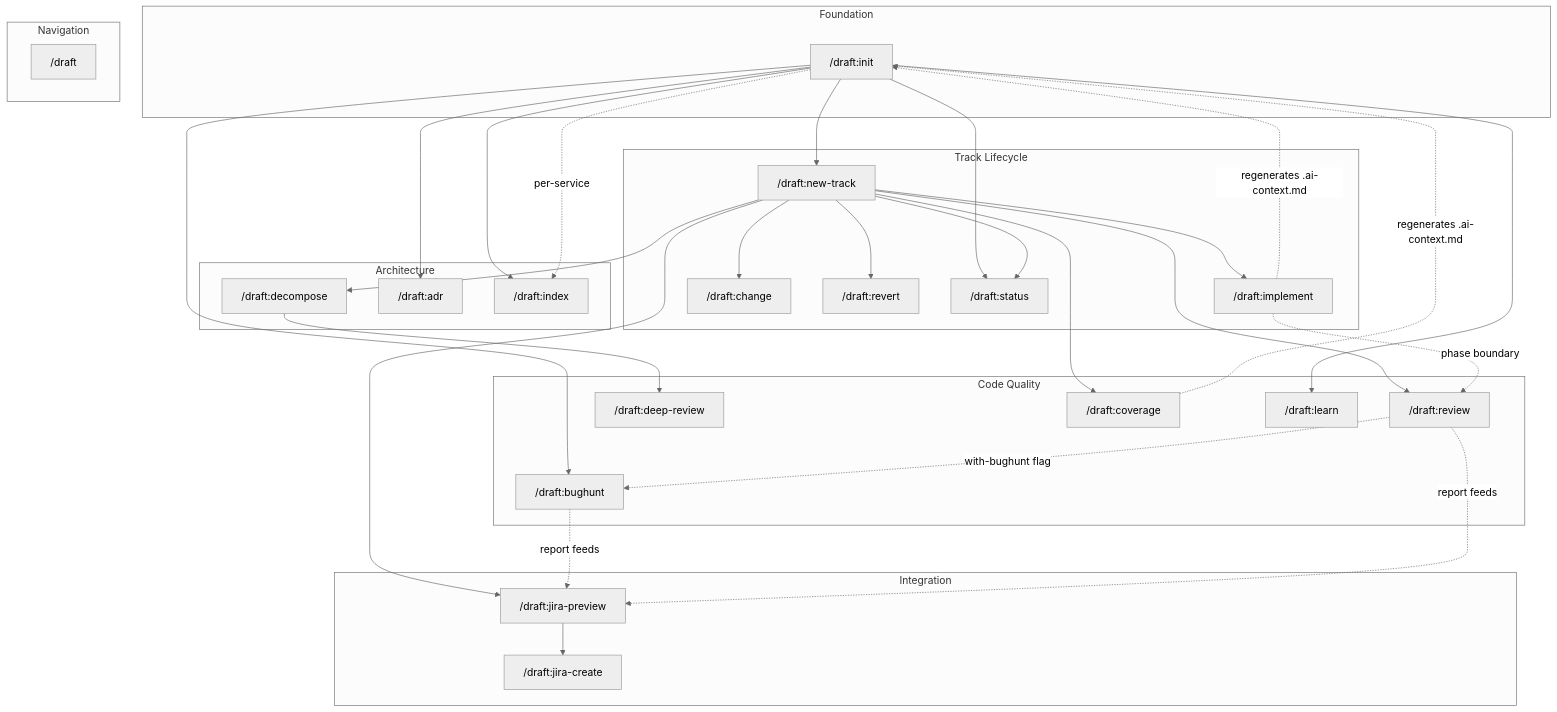
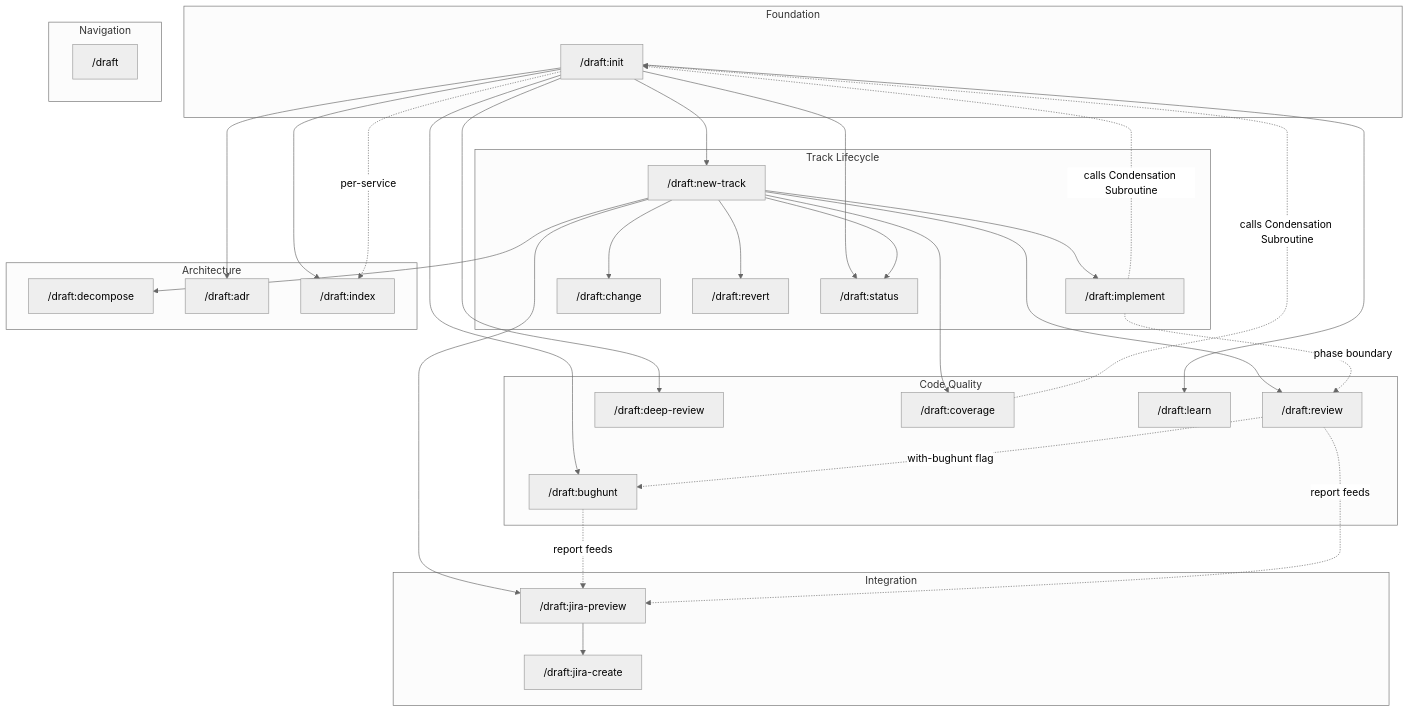
One commit to mayurpise/draft changed the diagram in skills/GRAPH.md. Above: the diagram before and after it, drawn with Mermaid (neutral theme). The commit also changed other lines of this file and 4 other files, not shown here.

First line of the commit message:
fix: resolve 12 issues from deep review across init, GRAPH, and docs

````diff
--- a/skills/GRAPH.md
+++ b/skills/GRAPH.md
@@ -10,72 +10,72 @@
 ```mermaid
 graph TD
     subgraph "Foundation"
         init["/draft:init"]
     end
 
     subgraph "Track Lifecycle"
         new-track["/draft:new-track"]
         implement["/draft:implement"]
         change["/draft:change"]
         revert["/draft:revert"]
         status["/draft:status"]
     end
 
     subgraph "Code Quality"
         review["/draft:review"]
         deep-review["/draft:deep-review"]
         bughunt["/draft:bughunt"]
         coverage["/draft:coverage"]
         learn["/draft:learn"]
     end
 
     subgraph "Architecture"
         decompose["/draft:decompose"]
         adr["/draft:adr"]
         index["/draft:index"]
     end
 
     subgraph "Integration"
         jira-preview["/draft:jira-preview"]
         jira-create["/draft:jira-create"]
     end
 
     subgraph "Navigation"
         draft["/draft"]
     end
 
     %% Foundation dependencies
     init --> new-track
     init --> learn
     init --> adr
     init --> bughunt
     init --> index
     init --> status
 
     %% Track lifecycle
     new-track --> implement
     new-track --> change
     new-track --> revert
     new-track --> review
     new-track --> coverage
     new-track --> decompose
     new-track --> jira-preview
     new-track --> status
 
     %% Implementation flow
     implement -.->|phase boundary| review
-    implement -.->|regenerates .ai-context.md| init
+    implement -.->|calls Condensation Subroutine| init
 
     %% Quality chain
-    decompose --> deep-review
+    init --> deep-review
     review -.->|with-bughunt flag| bughunt
-    coverage -.->|regenerates .ai-context.md| init
+    coverage -.->|calls Condensation Subroutine| init
 
     %% Integration chain
     jira-preview --> jira-create
     bughunt -.->|report feeds| jira-preview
     review -.->|report feeds| jira-preview
 
     %% Monorepo chain
     init -.->|per-service| index
 ```
````
